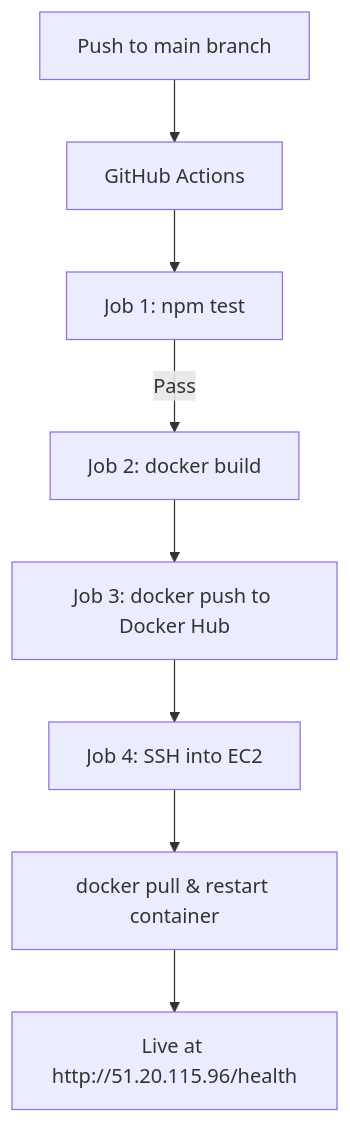
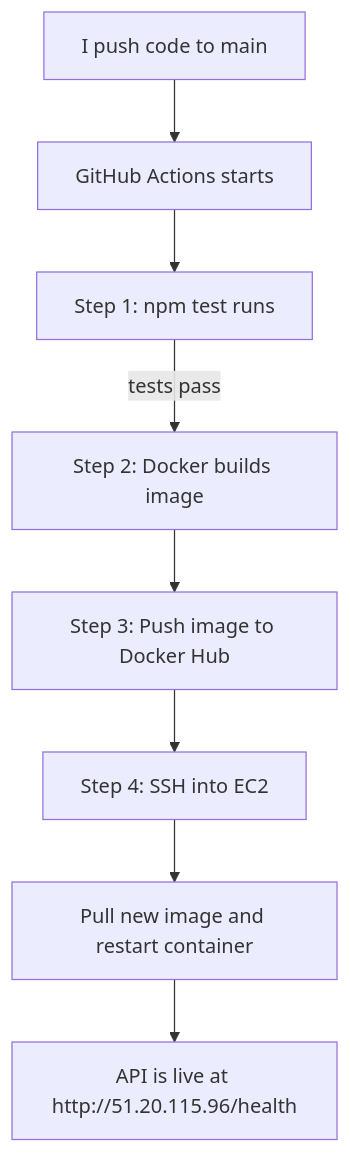
Before and after one commit to ekshm4/AmaliTech-DEG-Project-based-challenges: the diagram in dev-ops/DeployReady/README.md, drawn with Mermaid. The commit also changed other lines of this file, not shown here.

````diff
--- a/dev-ops/DeployReady/README.md
+++ b/dev-ops/DeployReady/README.md
@@ -7,10 +11,10 @@
 ```mermaid
 graph TD
-    A[Push to main branch] --> B[GitHub Actions]
-    B --> C[Job 1: npm test]
-    C -->|Pass| D[Job 2: docker build]
-    D --> E[Job 3: docker push to Docker Hub]
-    E --> F[Job 4: SSH into EC2]
-    F --> G[docker pull & restart container]
-    G --> H[Live at http://51.20.115.96/health]
+    A[I push code to main] --> B[GitHub Actions starts]
+    B --> C[Step 1: npm test runs]
+    C -->|tests pass| D[Step 2: Docker builds image]
+    D --> E[Step 3: Push image to Docker Hub]
+    E --> F[Step 4: SSH into EC2]
+    F --> G[Pull new image and restart container]
+    G --> H[API is live at http://51.20.115.96/health]
 ```
````
